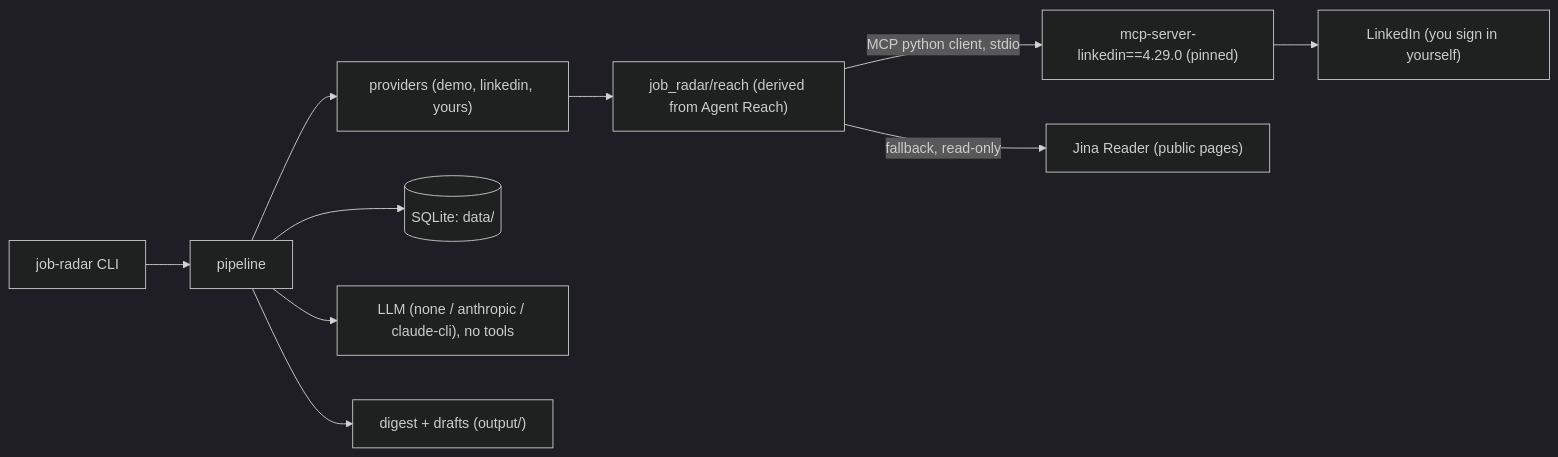
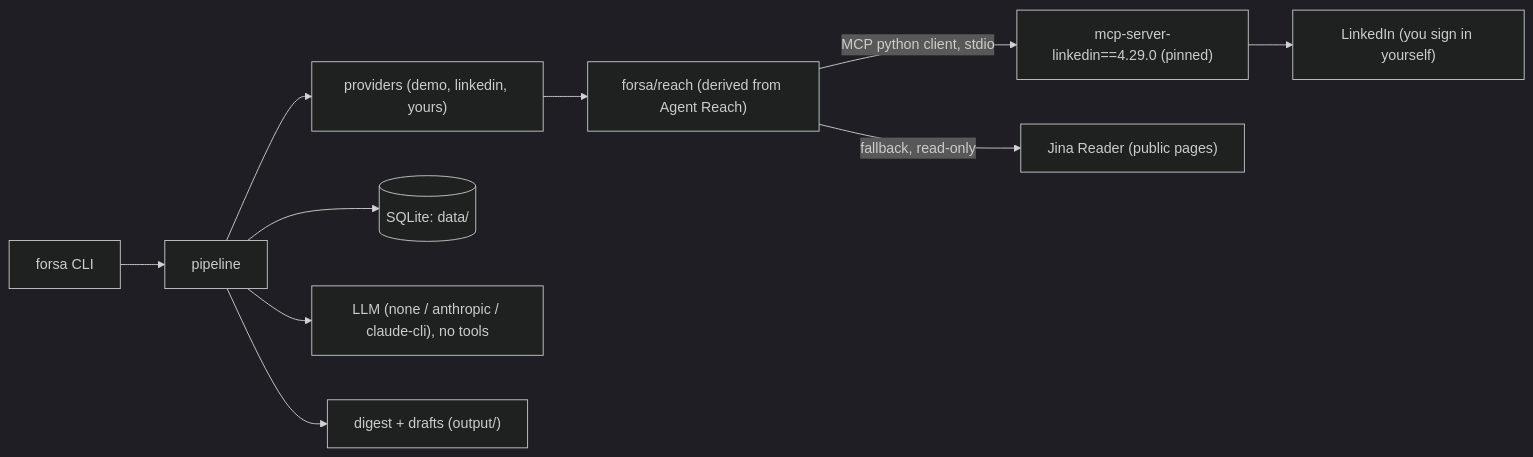
One commit to omar-mahmoud-java-developer/forsa changed the first of 2 diagrams in README.md. Above: the diagram before and after it, drawn with Mermaid (dark theme). The commit also changed other lines of this file and 142 other files, not shown here.

````diff
--- a/README.md
+++ b/README.md
@@ -51,12 +53,12 @@
 ```mermaid
 flowchart LR
-  CLI["job-radar CLI"] --> P["pipeline"]
+  CLI["forsa CLI"] --> P["pipeline"]
   P --> PR["providers (demo, linkedin, yours)"]
-  PR --> R["job_radar/reach (derived from Agent Reach)"]
+  PR --> R["forsa/reach (derived from Agent Reach)"]
   R -->|"MCP python client, stdio"| M["mcp-server-linkedin==4.29.0 (pinned)"]
   R -->|"fallback, read-only"| J["Jina Reader (public pages)"]
   M --> L["LinkedIn (you sign in yourself)"]
   P --> S[("SQLite: data/")]
   P --> LLM["LLM (none / anthropic / claude-cli), no tools"]
   P --> N["digest + drafts (output/)"]
 ```
````
